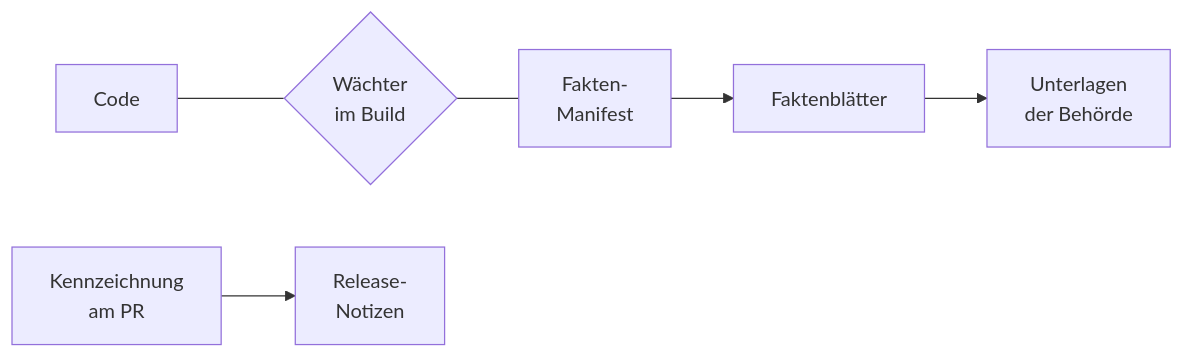
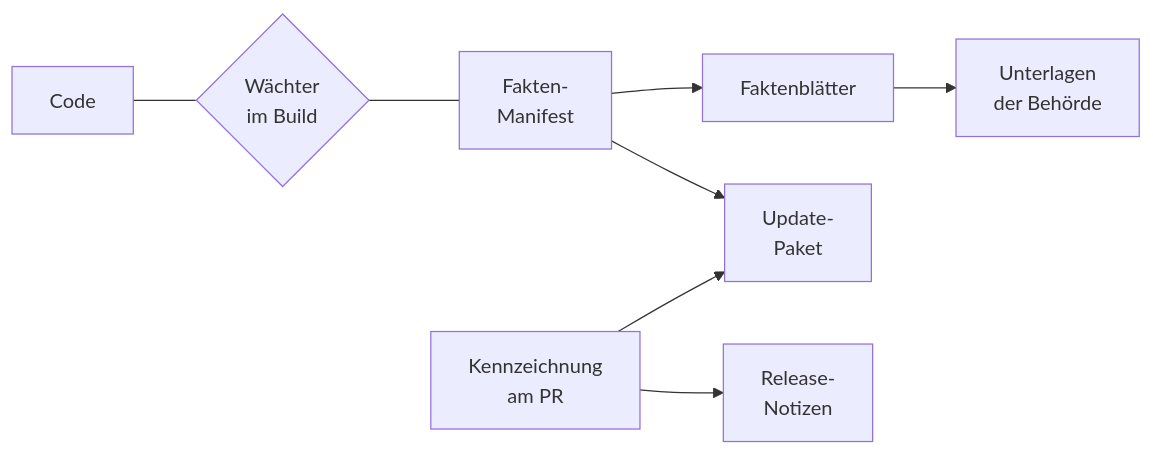
One commit to criew/opaa changed the diagram in docs/handbuch/nachvollziehbarkeit.md. Above: the diagram before and after it, drawn with Mermaid. The commit also changed other lines of this file and 14 other files, not shown here.

````diff
--- a/docs/handbuch/nachvollziehbarkeit.md
+++ b/docs/handbuch/nachvollziehbarkeit.md
@@ -42,8 +43,10 @@
 ```mermaid
 flowchart LR
     C[Code] --- W{Wächter<br/>im Build}
     W --- MF[Fakten-<br/>Manifest]
     MF --> FB[Faktenblätter]
     FB --> BU[Unterlagen<br/>der Behörde]
+    MF --> UP[Update-<br/>Paket]
     PR[Kennzeichnung<br/>am PR] --> RN[Release-<br/>Notizen]
+    PR --> UP
 ```
````
